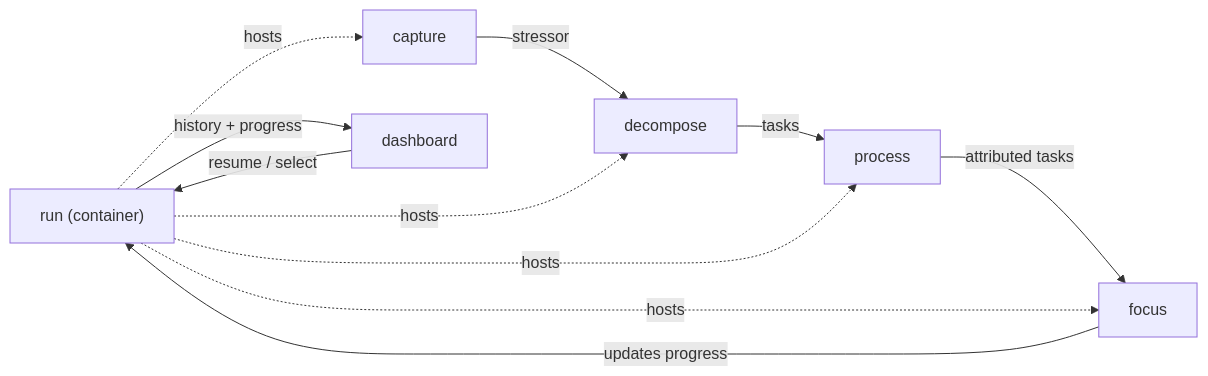
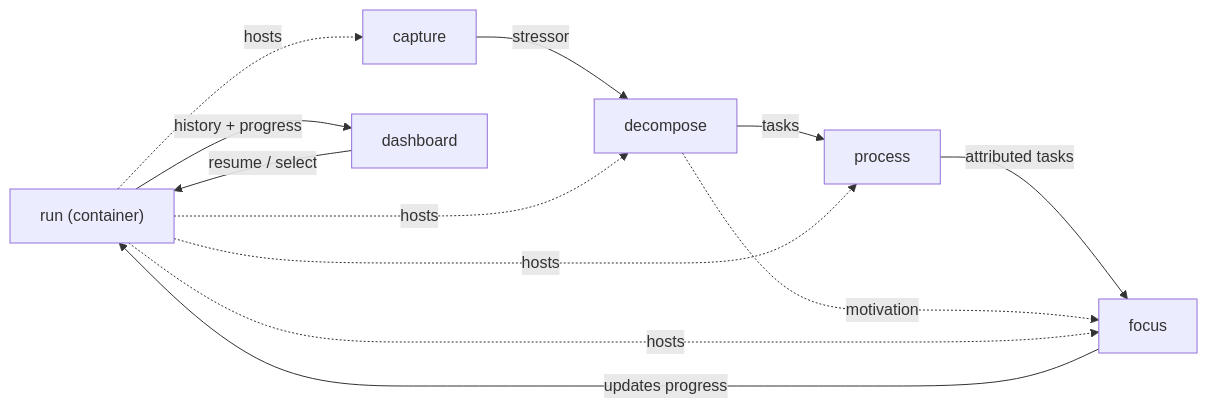
Before and after one commit to marekbrze/autowork: the diagram in docs/MODULES.md, drawn with Mermaid. The commit also changed other lines of this file and 65 other files, not shown here.

````diff
--- a/docs/MODULES.md
+++ b/docs/MODULES.md
@@ -60,14 +60,15 @@
 ```mermaid
 graph LR
     run["run (container)"]
     capture -->|stressor| decompose
     decompose -->|tasks| process
     process -->|attributed tasks| focus
+    decompose -.->|motivation| focus
     focus -->|updates progress| run
     run -.hosts.-> capture
     run -.hosts.-> decompose
     run -.hosts.-> process
     run -.hosts.-> focus
     dashboard -->|resume / select| run
     run -->|history + progress| dashboard
 ```
````
